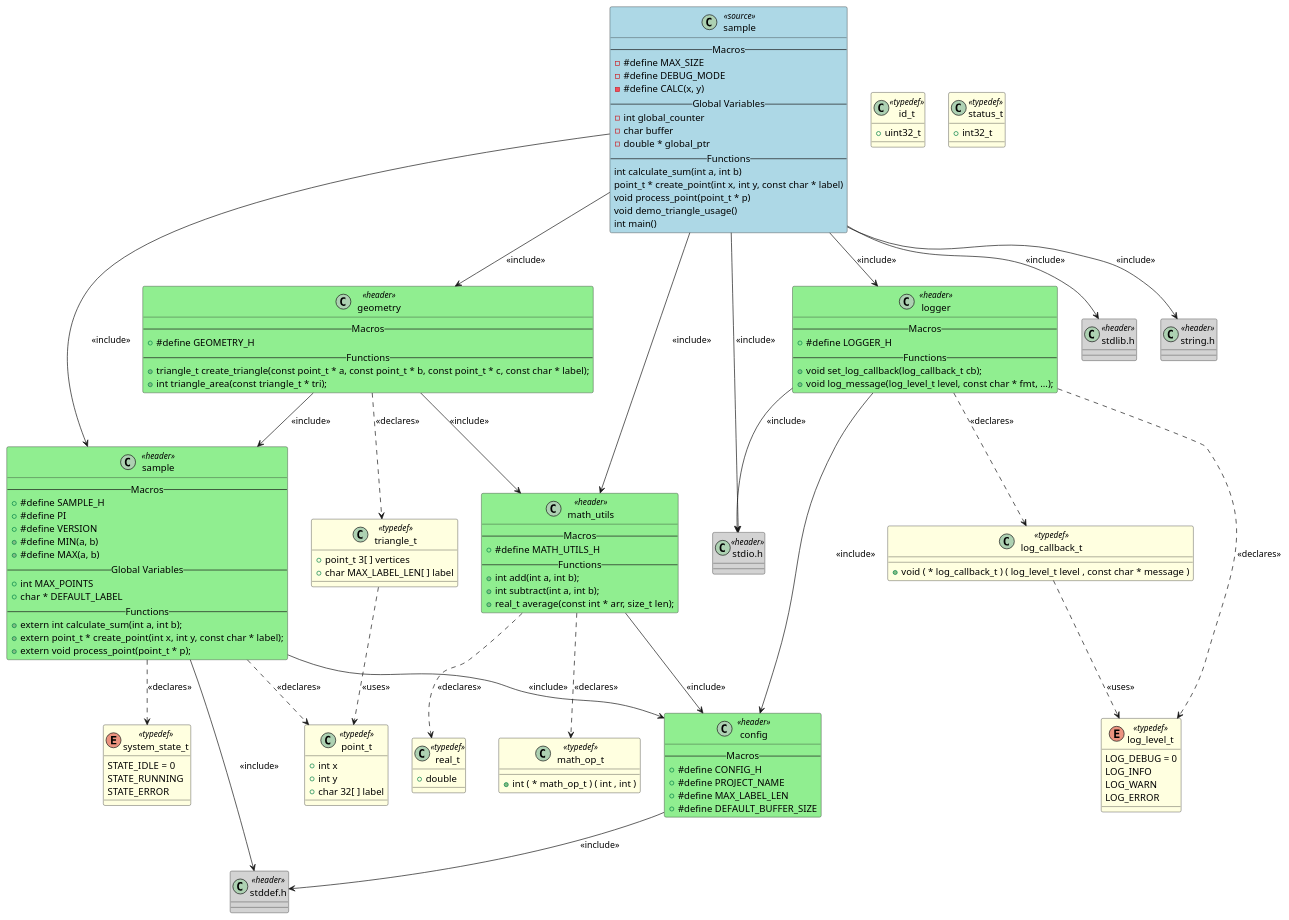
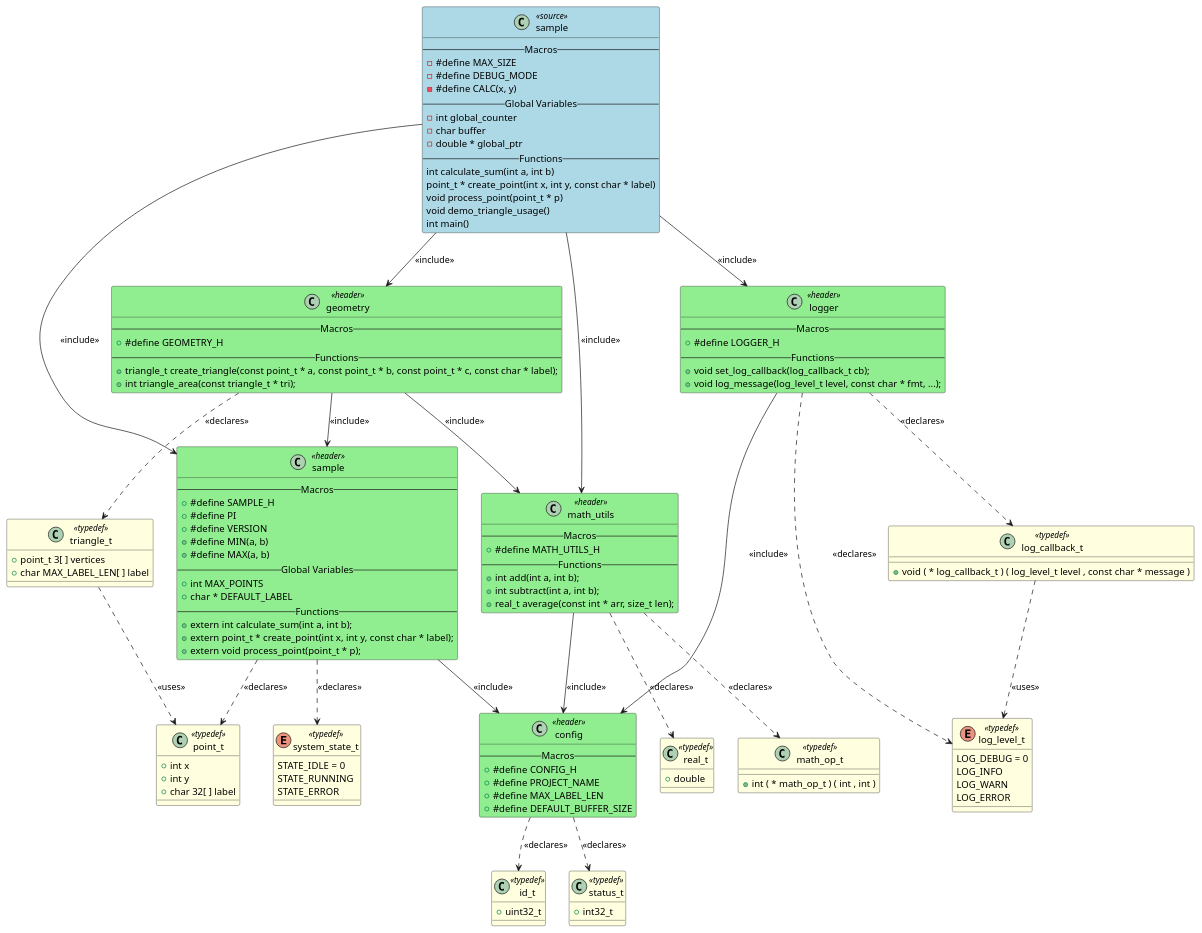
The diagram in output/sample.puml (fischerjooo/c2puml), drawn with PlantUML before and after one commit. The commit also changed 13 other files, not shown here.

```diff
--- a/output/sample.puml
+++ b/output/sample.puml
@@ -1,164 +1,144 @@
 @startuml sample
 
 class "sample" as SAMPLE <<source>> #LightBlue
 {
 -- Macros --
 - #define MAX_SIZE
 - #define DEBUG_MODE
 - #define CALC(x, y)
 -- Global Variables --
 - int global_counter
 - char buffer
 - double * global_ptr
 -- Functions --
 int calculate_sum(int a, int b)
 point_t * create_point(int x, int y, const char * label)
 void process_point(point_t * p)
 void demo_triangle_usage()
 int main()
 }
 
-class "stdio.h" as HEADER_STDIO <<header>> #LightGray
+class "point_t" as TYPEDEF_POINT_T <<typedef>> #LightYellow
 {
++ int x
++ int y
++ char 32[ ] label
 }
 
-class "stdlib.h" as HEADER_STDLIB <<header>> #LightGray
+enum "system_state_t" as TYPEDEF_SYSTEM_STATE_T <<typedef>> #LightYellow
 {
+STATE_IDLE = 0
+STATE_RUNNING
+STATE_ERROR
 }
 
-class "string.h" as HEADER_STRING <<header>> #LightGray
+class "real_t" as TYPEDEF_REAL_T <<typedef>> #LightYellow
 {
++ double
+}
+
+class "math_op_t" as TYPEDEF_MATH_OP_T <<typedef>> #LightYellow
+{
++ int ( * math_op_t ) ( int , int )
+}
+
+enum "log_level_t" as TYPEDEF_LOG_LEVEL_T <<typedef>> #LightYellow
+{
+LOG_DEBUG = 0
+LOG_INFO
+LOG_WARN
+LOG_ERROR
+}
+
+class "log_callback_t" as TYPEDEF_LOG_CALLBACK_T <<typedef>> #LightYellow
+{
++ void ( * log_callback_t ) ( log_level_t level , const char * message )
+}
+
+class "triangle_t" as TYPEDEF_TRIANGLE_T <<typedef>> #LightYellow
+{
++ point_t 3[ ] vertices
++ char MAX_LABEL_LEN[ ] label
+}
+
+class "id_t" as TYPEDEF_ID_T <<typedef>> #LightYellow
+{
++ uint32_t
+}
+
+class "status_t" as TYPEDEF_STATUS_T <<typedef>> #LightYellow
+{
++ int32_t
 }
 
 class "sample" as HEADER_SAMPLE <<header>> #LightGreen
 {
 -- Macros --
 + #define SAMPLE_H
 + #define PI
 + #define VERSION
 + #define MIN(a, b)
 + #define MAX(a, b)
 -- Global Variables --
 + int MAX_POINTS
 + char * DEFAULT_LABEL
 -- Functions --
 + extern int calculate_sum(int a, int b);
 + extern point_t * create_point(int x, int y, const char * label);
 + extern void process_point(point_t * p);
 }
 class "math_utils" as HEADER_MATH_UTILS <<header>> #LightGreen
 {
 -- Macros --
 + #define MATH_UTILS_H
 -- Functions --
 + int add(int a, int b);
 + int subtract(int a, int b);
 + real_t average(const int * arr, size_t len);
 }
 class "logger" as HEADER_LOGGER <<header>> #LightGreen
 {
 -- Macros --
 + #define LOGGER_H
 -- Functions --
 + void set_log_callback(log_callback_t cb);
 + void log_message(log_level_t level, const char * fmt, ...);
 }
 class "geometry" as HEADER_GEOMETRY <<header>> #LightGreen
 {
 -- Macros --
 + #define GEOMETRY_H
 -- Functions --
 + triangle_t create_triangle(const point_t * a, const point_t * b, const point_t * c, const char * label);
 + int triangle_area(const triangle_t * tri);
 }
 class "config" as HEADER_CONFIG <<header>> #LightGreen
 {
 -- Macros --
 + #define CONFIG_H
 + #define PROJECT_NAME
 + #define MAX_LABEL_LEN
 + #define DEFAULT_BUFFER_SIZE
 }
-class "stddef.h" as HEADER_STDDEF <<header>> #LightGray
-{
-}
-
-class "point_t" as TYPEDEF_point_t <<typedef>> #LightYellow
-{
-+ int x
-+ int y
-+ char 32[ ] label
-}
-
-enum "system_state_t" as TYPEDEF_system_state_t <<typedef>> #LightYellow
-{
-STATE_IDLE = 0
-STATE_RUNNING
-STATE_ERROR
-}
-
-class "id_t" as TYPEDEF_id_t <<typedef>> #LightYellow
-{
-+ uint32_t
-}
-
-class "status_t" as TYPEDEF_status_t <<typedef>> #LightYellow
-{
-+ int32_t
-}
-
-class "triangle_t" as TYPEDEF_triangle_t <<typedef>> #LightYellow
-{
-+ point_t 3[ ] vertices
-+ char MAX_LABEL_LEN[ ] label
-}
-
-enum "log_level_t" as TYPEDEF_log_level_t <<typedef>> #LightYellow
-{
-LOG_DEBUG = 0
-LOG_INFO
-LOG_WARN
-LOG_ERROR
-}
-
-class "log_callback_t" as TYPEDEF_log_callback_t <<typedef>> #LightYellow
-{
-+ void ( * log_callback_t ) ( log_level_t level , const char * message )
-}
-
-class "real_t" as TYPEDEF_real_t <<typedef>> #LightYellow
-{
-+ double
-}
-
-class "math_op_t" as TYPEDEF_math_op_t <<typedef>> #LightYellow
-{
-+ int ( * math_op_t ) ( int , int )
-}
-
-SAMPLE --> HEADER_STDIO : <<include>>
-SAMPLE --> HEADER_STDLIB : <<include>>
-SAMPLE --> HEADER_STRING : <<include>>
 SAMPLE --> HEADER_SAMPLE : <<include>>
 SAMPLE --> HEADER_MATH_UTILS : <<include>>
 SAMPLE --> HEADER_LOGGER : <<include>>
 SAMPLE --> HEADER_GEOMETRY : <<include>>
-HEADER_SAMPLE --> HEADER_STDDEF : <<include>>
 HEADER_SAMPLE --> HEADER_CONFIG : <<include>>
 HEADER_MATH_UTILS --> HEADER_CONFIG : <<include>>
-HEADER_LOGGER --> HEADER_STDIO : <<include>>
 HEADER_LOGGER --> HEADER_CONFIG : <<include>>
 HEADER_GEOMETRY --> HEADER_SAMPLE : <<include>>
 HEADER_GEOMETRY --> HEADER_MATH_UTILS : <<include>>
-HEADER_CONFIG --> HEADER_STDDEF : <<include>>
-HEADER_SAMPLE ..> TYPEDEF_point_t : <<declares>>
-HEADER_SAMPLE ..> TYPEDEF_system_state_t : <<declares>>
-HEADER_LOGGER ..> TYPEDEF_log_level_t : <<declares>>
-HEADER_GEOMETRY ..> TYPEDEF_triangle_t : <<declares>>
-TYPEDEF_triangle_t ..> TYPEDEF_point_t : <<uses>>
-TYPEDEF_log_callback_t ..> TYPEDEF_log_level_t : <<uses>>
-HEADER_MATH_UTILS ..> TYPEDEF_real_t : <<declares>>
-HEADER_MATH_UTILS ..> TYPEDEF_math_op_t : <<declares>>
-HEADER_LOGGER ..> TYPEDEF_log_callback_t : <<declares>>
+HEADER_SAMPLE ..> TYPEDEF_POINT_T : <<declares>>
+HEADER_SAMPLE ..> TYPEDEF_SYSTEM_STATE_T : <<declares>>
+HEADER_LOGGER ..> TYPEDEF_LOG_LEVEL_T : <<declares>>
+HEADER_GEOMETRY ..> TYPEDEF_TRIANGLE_T : <<declares>>
+TYPEDEF_TRIANGLE_T ..> TYPEDEF_POINT_T : <<uses>>
+TYPEDEF_LOG_CALLBACK_T ..> TYPEDEF_LOG_LEVEL_T : <<uses>>
+HEADER_CONFIG ..> TYPEDEF_ID_T : <<declares>>
+HEADER_CONFIG ..> TYPEDEF_STATUS_T : <<declares>>
+HEADER_MATH_UTILS ..> TYPEDEF_REAL_T : <<declares>>
+HEADER_MATH_UTILS ..> TYPEDEF_MATH_OP_T : <<declares>>
+HEADER_LOGGER ..> TYPEDEF_LOG_CALLBACK_T : <<declares>>
 
 @enduml
```
